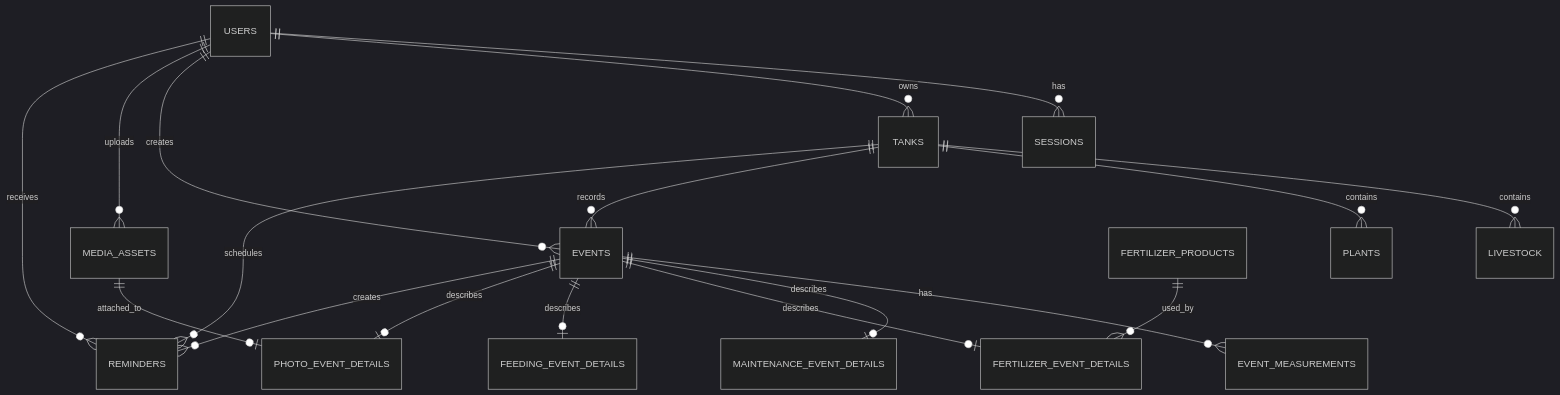
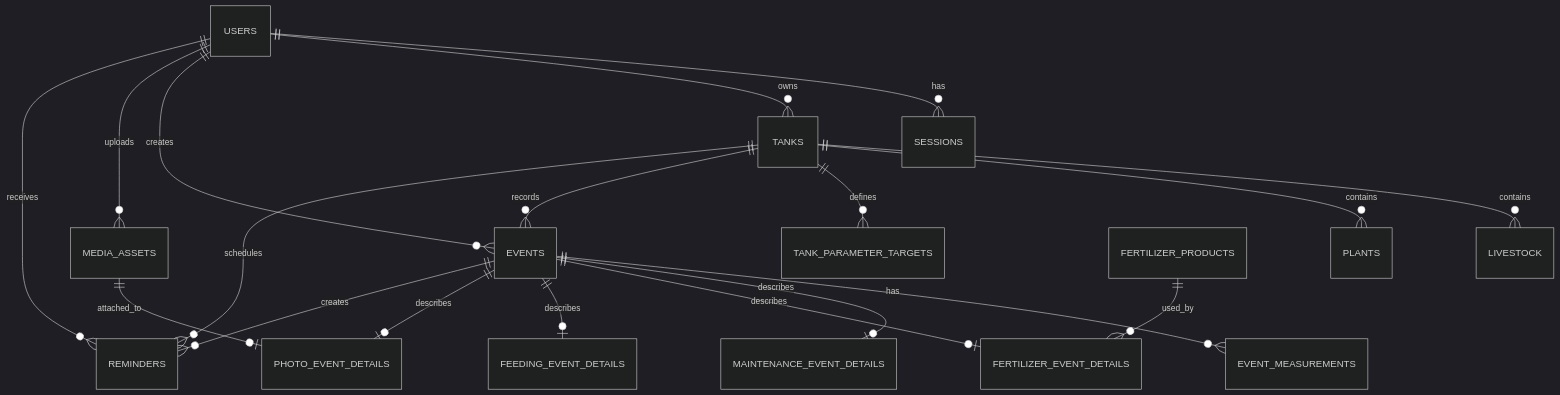
One commit to williampburch/AquaOps changed the diagram in docs/erd.md. Above: the diagram before and after it, drawn with Mermaid (dark theme). The commit also changed other lines of this file and 22 other files, not shown here.

````diff
--- a/docs/erd.md
+++ b/docs/erd.md
@@ -3,23 +3,24 @@
 ```mermaid
 erDiagram
   USERS ||--o{ SESSIONS : has
   USERS ||--o{ TANKS : owns
   USERS ||--o{ EVENTS : creates
   USERS ||--o{ MEDIA_ASSETS : uploads
   USERS ||--o{ REMINDERS : receives
 
   TANKS ||--o{ LIVESTOCK : contains
   TANKS ||--o{ PLANTS : contains
+  TANKS ||--o{ TANK_PARAMETER_TARGETS : defines
   TANKS ||--o{ EVENTS : records
   TANKS ||--o{ REMINDERS : schedules
 
   EVENTS ||--o{ EVENT_MEASUREMENTS : has
   EVENTS ||--o| MAINTENANCE_EVENT_DETAILS : describes
   EVENTS ||--o| FERTILIZER_EVENT_DETAILS : describes
   EVENTS ||--o| FEEDING_EVENT_DETAILS : describes
   EVENTS ||--o| PHOTO_EVENT_DETAILS : describes
   EVENTS ||--o{ REMINDERS : creates
 
   FERTILIZER_PRODUCTS ||--o{ FERTILIZER_EVENT_DETAILS : used_by
   MEDIA_ASSETS ||--o| PHOTO_EVENT_DETAILS : attached_to
 ```
````
